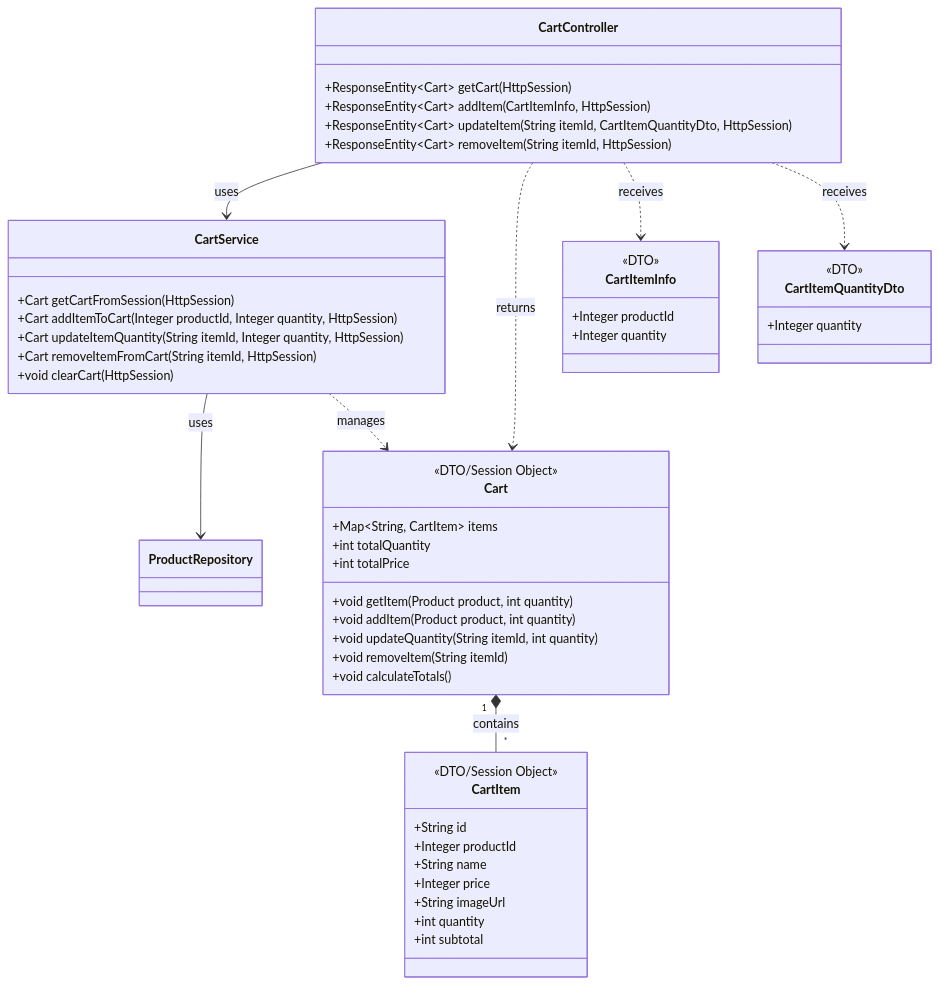
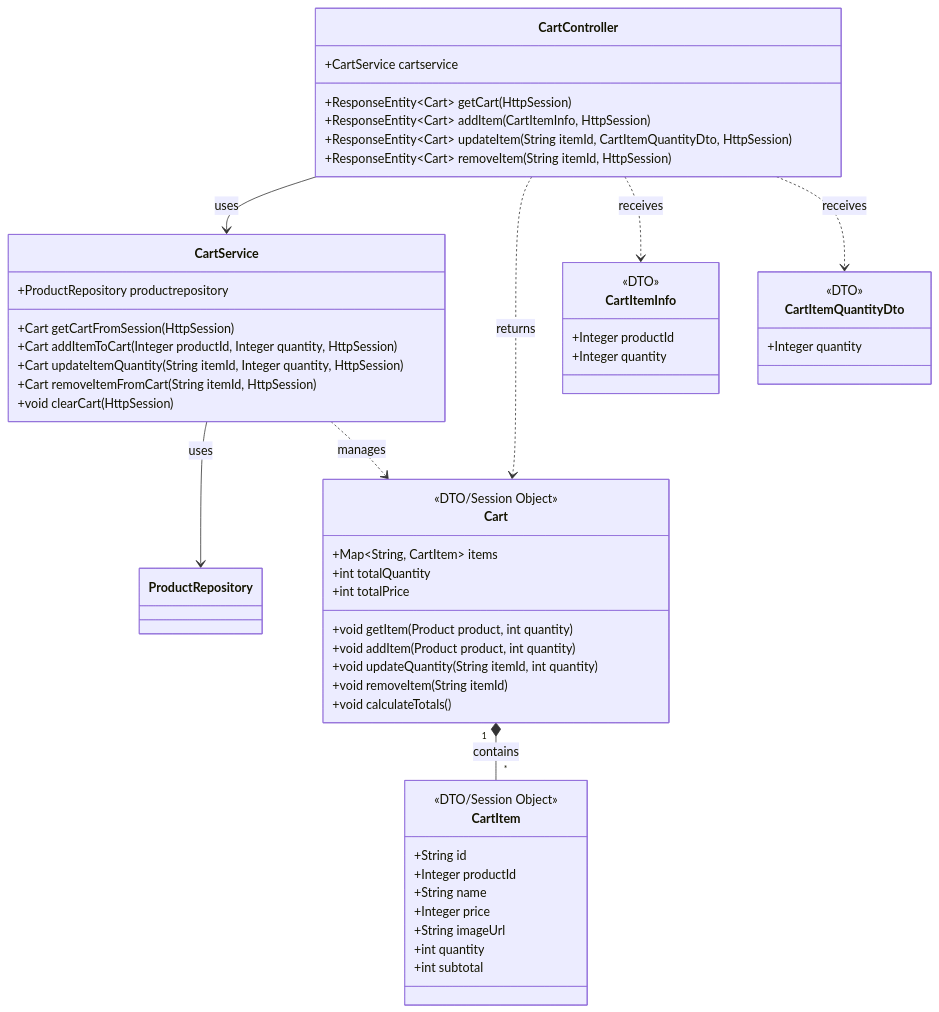
Before and after one commit to Hinako-Kimura127/neko: diagram 11 of 13 in 詳細設計/詳細設計.md, drawn with Mermaid. The commit also changed other lines of this file, not shown here.

````diff
--- a/詳細設計/詳細設計.md
+++ b/詳細設計/詳細設計.md
@@ -733,59 +733,61 @@
 ```mermaid
 classDiagram
     class CartController {
+      +CartService cartservice
         +ResponseEntity~Cart~ getCart(HttpSession)
         +ResponseEntity~Cart~ addItem(CartItemInfo, HttpSession)
         +ResponseEntity~Cart~ updateItem(String itemId, CartItemQuantityDto, HttpSession)
         +ResponseEntity~Cart~ removeItem(String itemId, HttpSession)
     }
 
     class CartService {
+      +ProductRepository productrepository
         +Cart getCartFromSession(HttpSession)
         +Cart addItemToCart(Integer productId, Integer quantity, HttpSession)
         +Cart updateItemQuantity(String itemId, Integer quantity, HttpSession)
         +Cart removeItemFromCart(String itemId, HttpSession)
         +void clearCart(HttpSession)
     }
 
     class Cart {
         <<DTO/Session Object>>
         +Map~String, CartItem~ items
         +int totalQuantity
         +int totalPrice
         +void getItem(Product product, int quantity)
         +void addItem(Product product, int quantity)
         +void updateQuantity(String itemId, int quantity)
         +void removeItem(String itemId)
         +void calculateTotals()
     }
 
     class CartItem {
         <<DTO/Session Object>>
         +String id
         +Integer productId
         +String name
         +Integer price
         +String imageUrl
         +int quantity
         +int subtotal
     }
 
     class CartItemInfo {
         <<DTO>>
         +Integer productId
         +Integer quantity
     }
 
     class CartItemQuantityDto {
         <<DTO>>
         +Integer quantity
     }
 
     CartController --> CartService : uses
     CartService --> ProductRepository : uses
     CartService ..> Cart : manages
     Cart "1" *-- "*" CartItem : contains
     CartController ..> Cart : returns
     CartController ..> CartItemInfo : receives
     CartController ..> CartItemQuantityDto : receives
 ```
````
